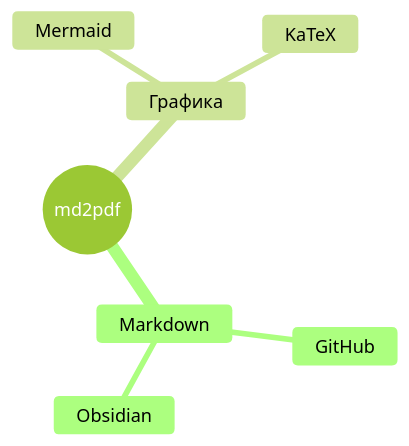
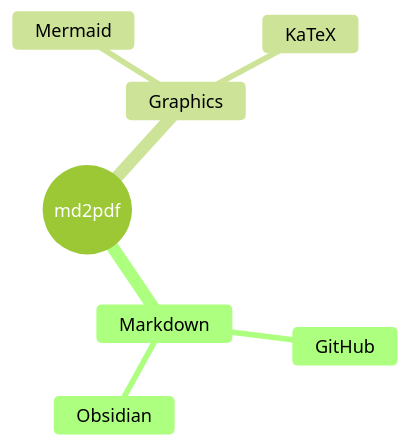
The eighth of 8 diagrams in examples/mermaid.md (Kseen715/md2pdfX), drawn with Mermaid (forest theme) before and after one commit. The commit also changed other lines of this file and 25 other files, not shown here.

````diff
--- a/examples/mermaid.md
+++ b/examples/mermaid.md
@@ -86,10 +86,10 @@
 ```mermaid
 mindmap
   root((md2pdf))
     Markdown
       GitHub
       Obsidian
-    Графика
+    Graphics
       Mermaid
       KaTeX
 ```
````
